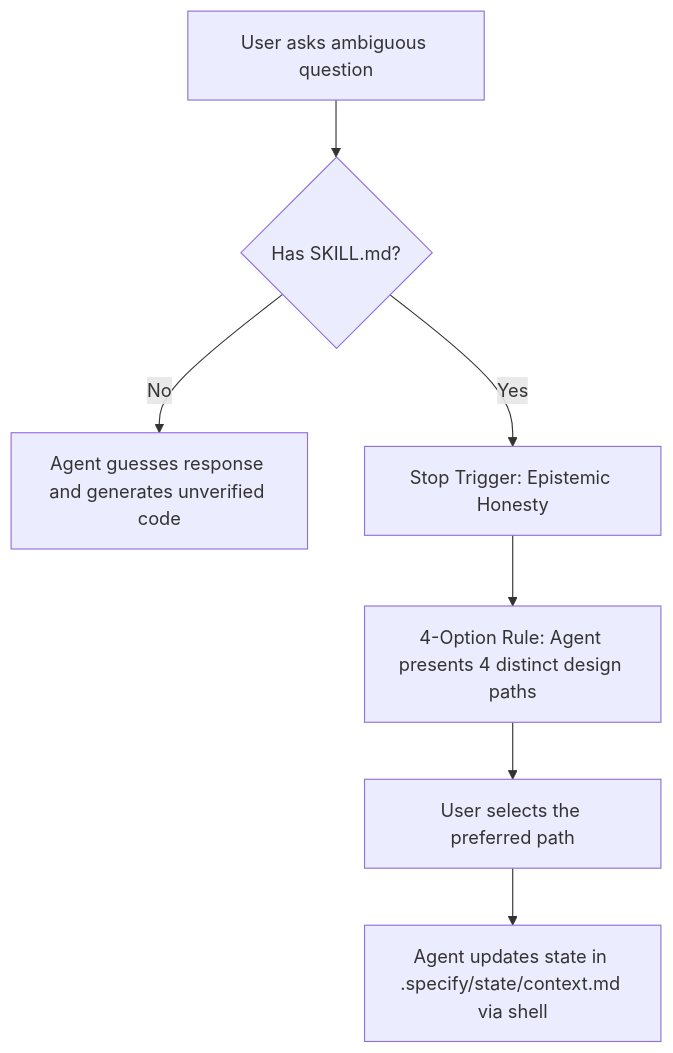
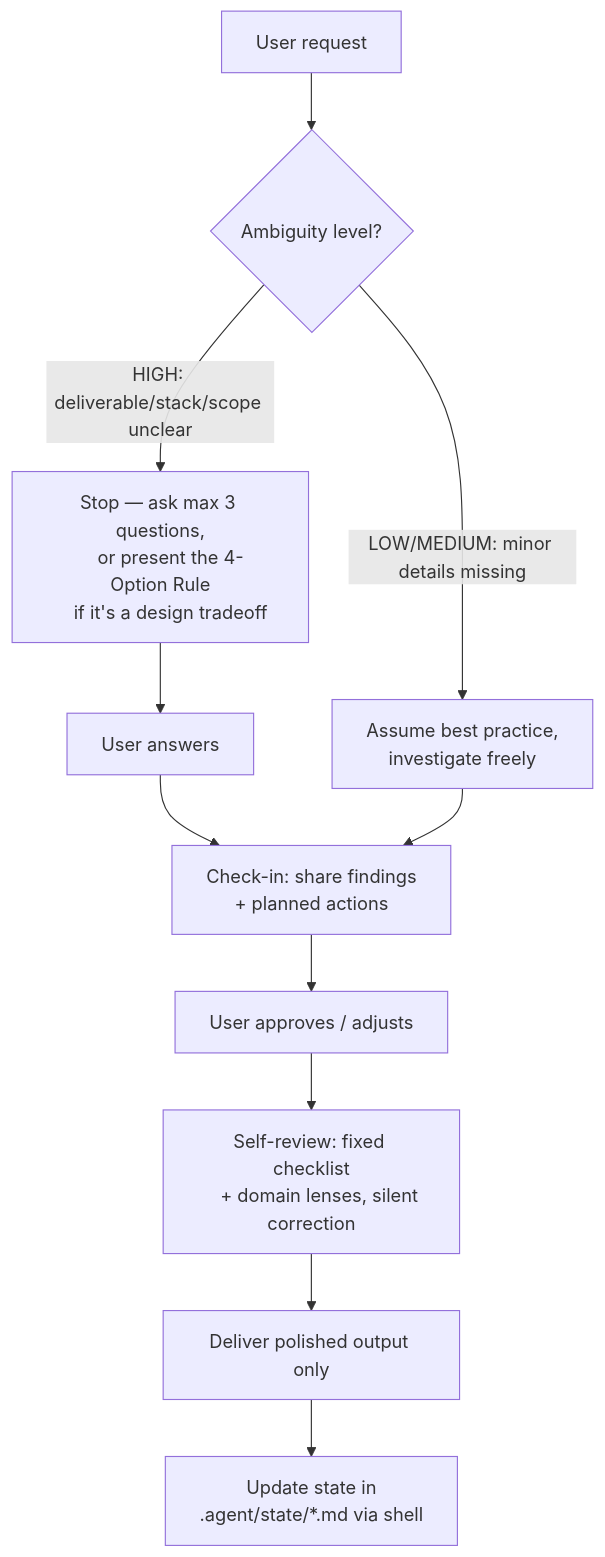
Before and after one commit to Peterson047/autocritc-skill: the diagram in README.md, drawn with Mermaid. The commit also changed other lines of this file and 1 other file, not shown here.

First line of the commit message:
fix(skill): resolve Step 3 review duplication and sync README with SKILL.md

````diff
--- a/README.md
+++ b/README.md
@@ -12,9 +12,19 @@
 ```mermaid
 graph TD
-    A["User asks ambiguous question"] --> B{"Has SKILL.md?"}
-    B -->|No| C["Agent guesses response and generates unverified code"]
-    B -->|Yes| D["Stop Trigger: Epistemic Honesty"]
-    D --> E["4-Option Rule: Agent presents 4 distinct design paths"]
-    E --> F["User selects the preferred path"]
-    F --> G["Agent updates state in .specify/state/context.md via shell"]
+    A["User request"] --> B{"Ambiguity level?"}
+    B -->|HIGH: deliverable/stack/scope unclear| C["Stop — ask max 3 questions,
+    or present the 4-Option Rule
+    if it's a design tradeoff"]
+    B -->|LOW/MEDIUM: minor details missing| D["Assume best practice,
+    investigate freely"]
+    C --> E["User answers"]
+    E --> F
+    D --> F["Check-in: share findings
+    + planned actions"]
+    F --> G["User approves / adjusts"]
+    G --> H["Self-review: fixed checklist
+    + domain lenses, silent correction"]
+    H --> I["Deliver polished output only"]
+    I --> J["Update state in
+    .agent/state/*.md via shell"]
 ```
````
